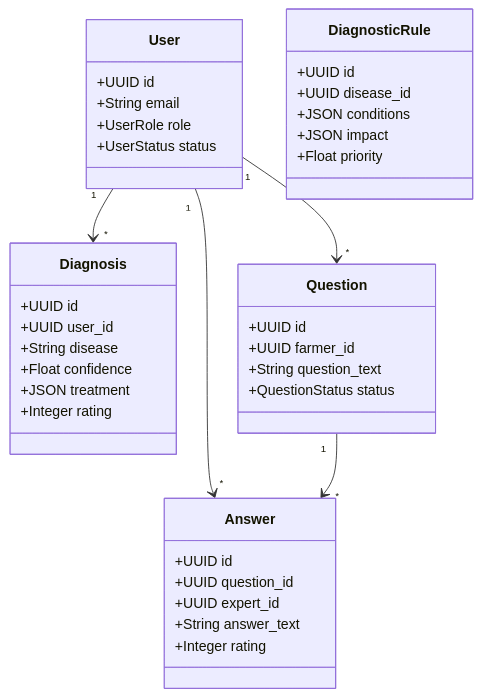
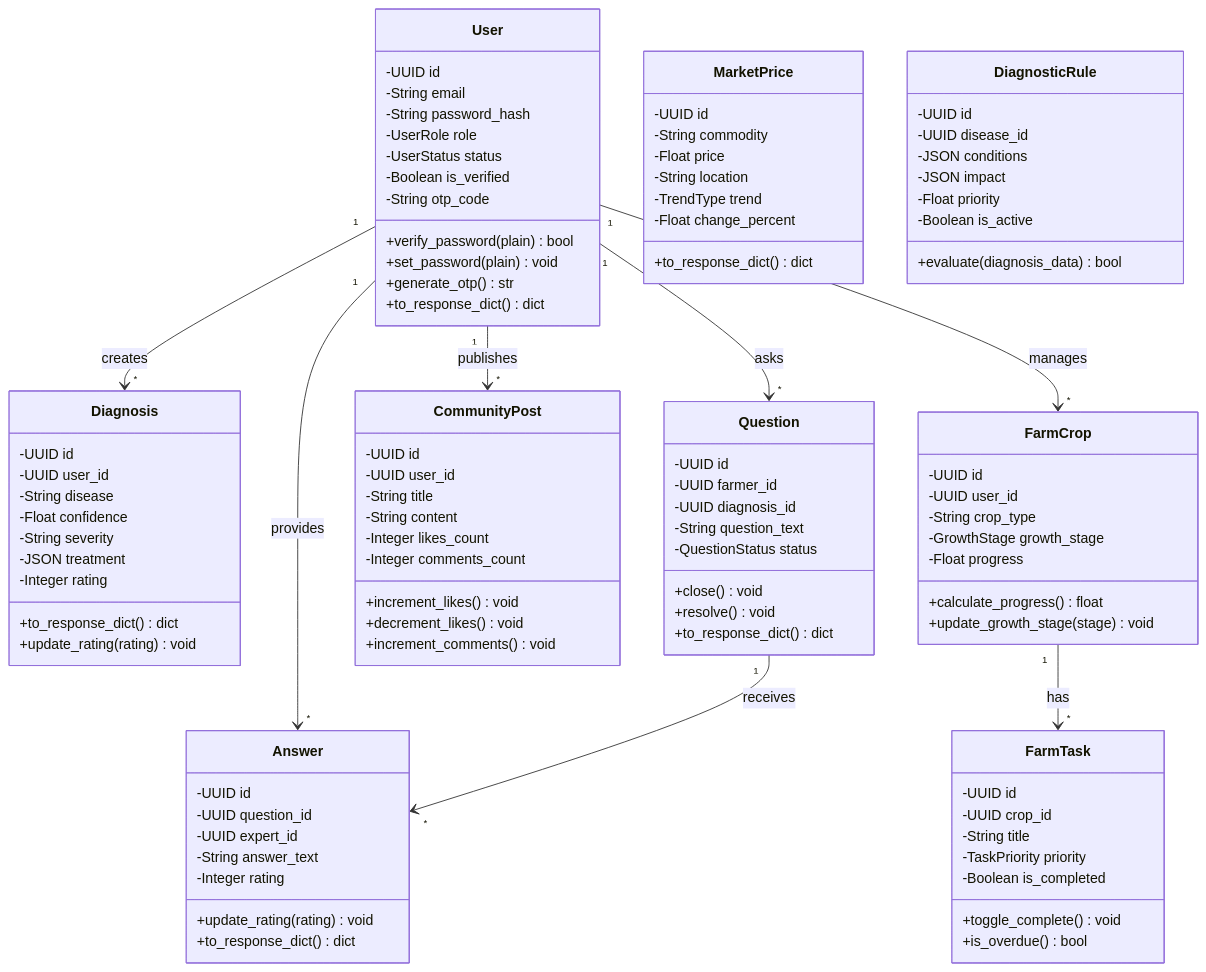
One commit to akshayks13/AI-Crop-Disease-Diagnosis-System changed the second of 3 diagrams in docs/ARCHITECTURE.md. Above: the diagram before and after it, drawn with Mermaid. The commit also changed 1 other file, not shown here.

Commit message:
updated diagrams

````diff
--- a/docs/ARCHITECTURE.md
+++ b/docs/ARCHITECTURE.md
@@ -56,46 +56,109 @@
 ```mermaid
 classDiagram
     class User {
-        +UUID id
-        +String email
-        +UserRole role
-        +UserStatus status
+        -UUID id
+        -String email
+        -String password_hash
+        -UserRole role
+        -UserStatus status
+        -Boolean is_verified
+        -String otp_code
+        +verify_password(plain) bool
+        +set_password(plain) void
+        +generate_otp() str
+        +to_response_dict() dict
     }
     
     class Diagnosis {
-        +UUID id
-        +UUID user_id
-        +String disease
-        +Float confidence
-        +JSON treatment
-        +Integer rating
+        -UUID id
+        -UUID user_id
+        -String disease
+        -Float confidence
+        -String severity
+        -JSON treatment
+        -Integer rating
+        +to_response_dict() dict
+        +update_rating(rating) void
     }
     
     class Question {
-        +UUID id
-        +UUID farmer_id
-        +String question_text
-        +QuestionStatus status
+        -UUID id
+        -UUID farmer_id
+        -UUID diagnosis_id
+        -String question_text
+        -QuestionStatus status
+        +close() void
+        +resolve() void
+        +to_response_dict() dict
     }
     
     class Answer {
-        +UUID id
-        +UUID question_id
-        +UUID expert_id
-        +String answer_text
-        +Integer rating
+        -UUID id
+        -UUID question_id
+        -UUID expert_id
+        -String answer_text
+        -Integer rating
+        +update_rating(rating) void
+        +to_response_dict() dict
+    }
+    
+    class CommunityPost {
+        -UUID id
+        -UUID user_id
+        -String title
+        -String content
+        -Integer likes_count
+        -Integer comments_count
+        +increment_likes() void
+        +decrement_likes() void
+        +increment_comments() void
+    }
+    
+    class FarmCrop {
+        -UUID id
+        -UUID user_id
+        -String crop_type
+        -GrowthStage growth_stage
+        -Float progress
+        +calculate_progress() float
+        +update_growth_stage(stage) void
+    }
+    
+    class FarmTask {
+        -UUID id
+        -UUID crop_id
+        -String title
+        -TaskPriority priority
+        -Boolean is_completed
+        +toggle_complete() void
+        +is_overdue() bool
+    }
+    
+    class MarketPrice {
+        -UUID id
+        -String commodity
+        -Float price
+        -String location
+        -TrendType trend
+        -Float change_percent
+        +to_response_dict() dict
     }
     
     class DiagnosticRule {
-        +UUID id
-        +UUID disease_id
-        +JSON conditions
-        +JSON impact
-        +Float priority
+        -UUID id
+        -UUID disease_id
+        -JSON conditions
+        -JSON impact
+        -Float priority
+        -Boolean is_active
+        +evaluate(diagnosis_data) bool
     }
     
-    User "1" --> "*" Diagnosis
-    User "1" --> "*" Question
-    User "1" --> "*" Answer
-    Question "1" --> "*" Answer
+    User "1" --> "*" Diagnosis : creates
+    User "1" --> "*" Question : asks
+    User "1" --> "*" Answer : provides
+    User "1" --> "*" CommunityPost : publishes
+    User "1" --> "*" FarmCrop : manages
+    Question "1" --> "*" Answer : receives
+    FarmCrop "1" --> "*" FarmTask : has
 ```
````
